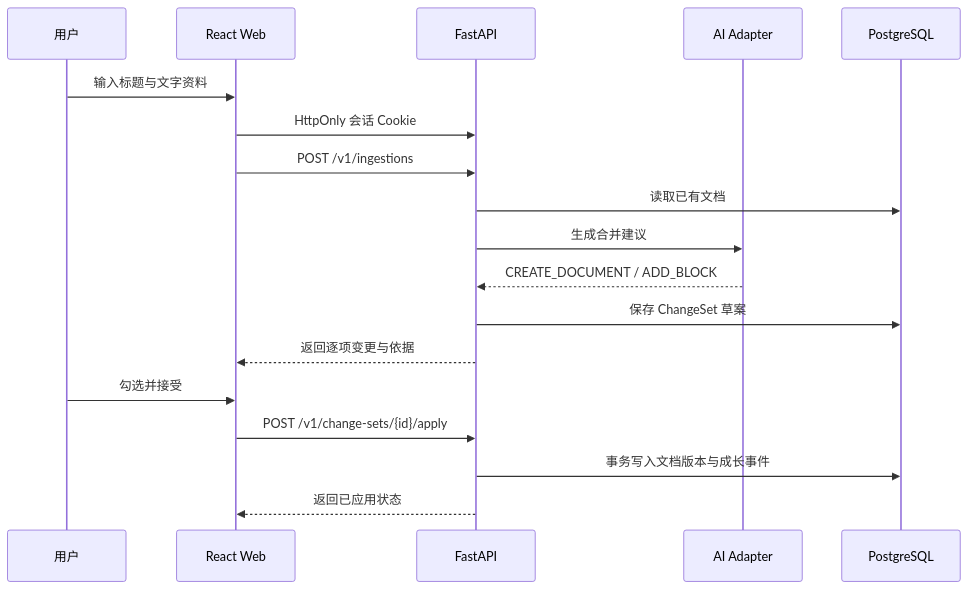
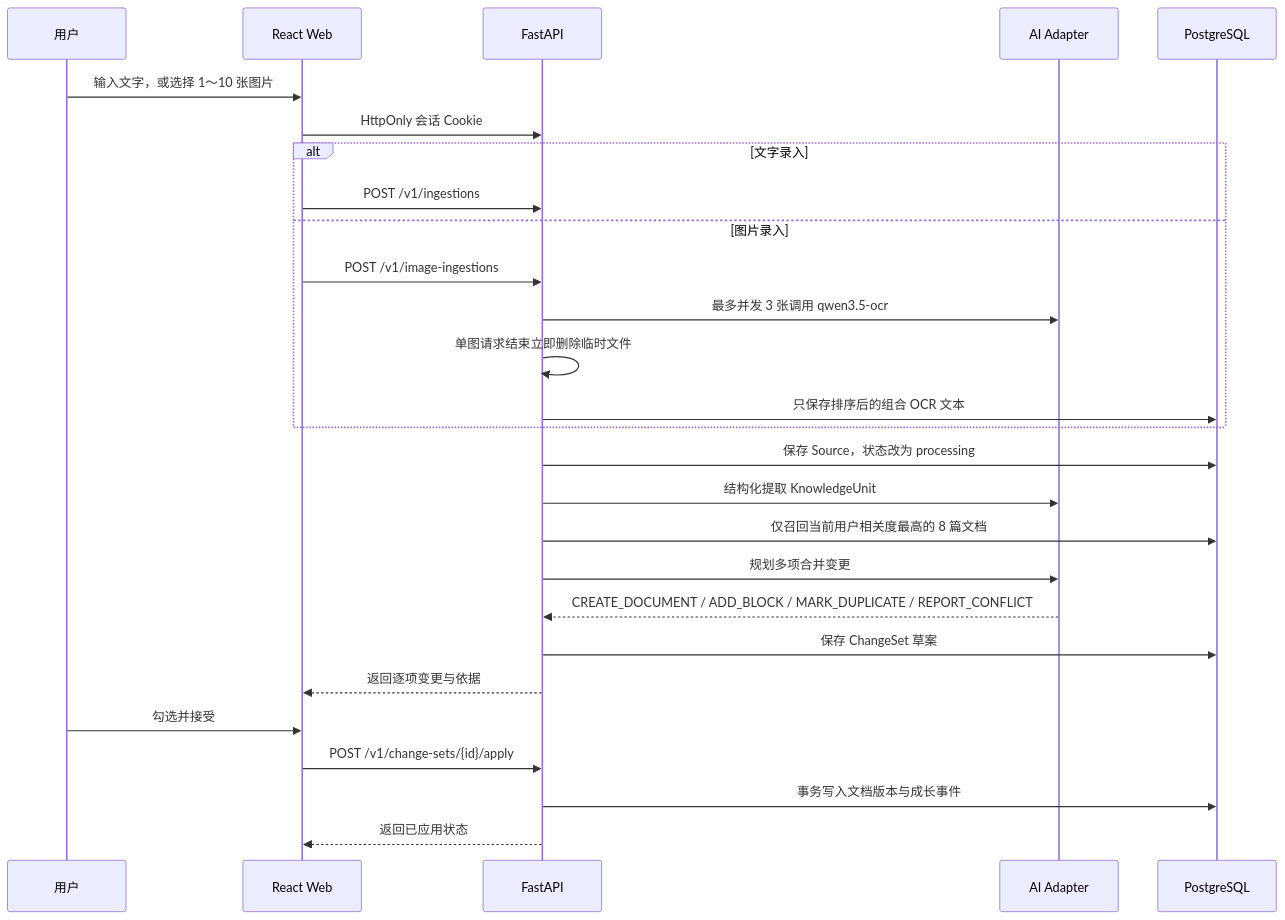
Before and after one commit to ki-211/Nerva: the diagram in docs/ARCHITECTURE.md, drawn with Mermaid. The commit also changed other lines of this file and 36 other files, not shown here.

First line of the commit message:
feat: 新增图片采集、百炼知识流水线、人类知识库和数据导出功能

````diff
--- a/docs/ARCHITECTURE.md
+++ b/docs/ARCHITECTURE.md
@@ -48,21 +49,30 @@
 ```mermaid
 sequenceDiagram
     participant User as 用户
     participant Web as React Web
     participant API as FastAPI
     participant AI as AI Adapter
     participant DB as PostgreSQL
 
-    User->>Web: 输入标题与文字资料
+    User->>Web: 输入文字，或选择 1～10 张图片
     Web->>API: HttpOnly 会话 Cookie
-    Web->>API: POST /v1/ingestions
-    API->>DB: 读取已有文档
-    API->>AI: 生成合并建议
-    AI-->>API: CREATE_DOCUMENT / ADD_BLOCK
+    alt 文字录入
+        Web->>API: POST /v1/ingestions
+    else 图片录入
+        Web->>API: POST /v1/image-ingestions
+        API->>AI: 最多并发 3 张调用 qwen3.5-ocr
+        API->>API: 单图请求结束立即删除临时文件
+        API->>DB: 只保存排序后的组合 OCR 文本
+    end
+    API->>DB: 保存 Source，状态改为 processing
+    API->>AI: 结构化提取 KnowledgeUnit
+    API->>DB: 仅召回当前用户相关度最高的 8 篇文档
+    API->>AI: 规划多项合并变更
+    AI-->>API: CREATE_DOCUMENT / ADD_BLOCK / MARK_DUPLICATE / REPORT_CONFLICT
     API->>DB: 保存 ChangeSet 草案
     API-->>Web: 返回逐项变更与依据
     User->>Web: 勾选并接受
     Web->>API: POST /v1/change-sets/{id}/apply
     API->>DB: 事务写入文档版本与成长事件
     API-->>Web: 返回已应用状态
 ```
````
